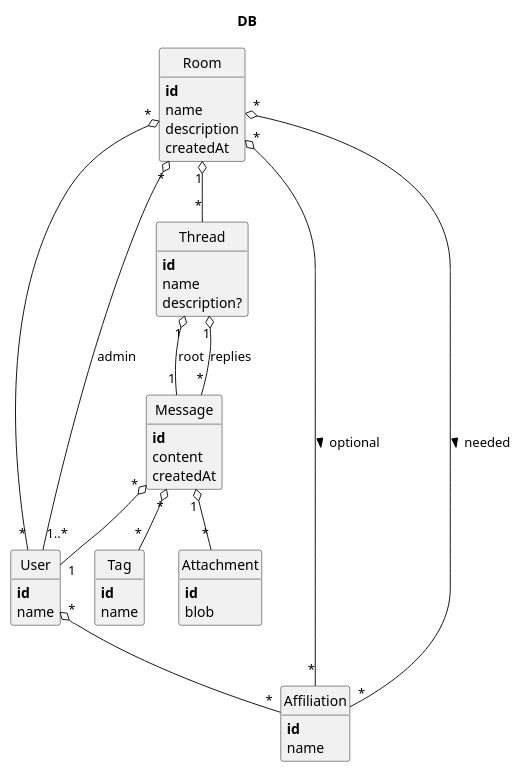
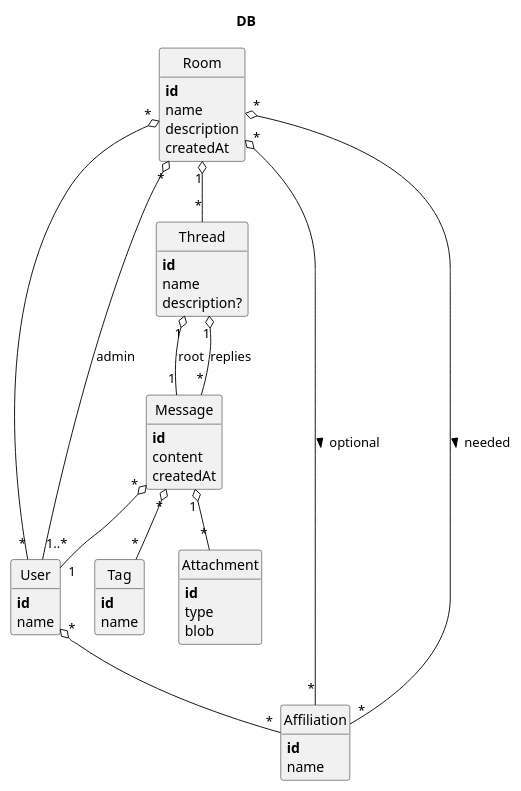
One commit to top-22/docs changed the diagram in db.puml. Above: the diagram before and after it, drawn with PlantUML.

Commit message:
fix: add attachment type

```diff
--- a/db.puml
+++ b/db.puml
@@ -1,54 +1,55 @@
 @startuml db
 
 hide circle
 hide methods
 ' left to right direction
 
 title DB
 
 class User {
   **id**
   name
 }
 class Affiliation {
   **id**
   name
 }
 class Room {
   **id**
   name
   description
   createdAt
 }
 class Thread {
   **id**
   name
   description?
 }
 class Message {
   **id**
   content
   createdAt
 
 }
 class Attachment {
   **id**
+  type
   blob
 }
 class Tag {
   **id**
   name
 }
 Room "1" o-- "*" Thread
 Room "*" o-- "*" User
 Room "*" o-- "1..*" User : admin
 Thread "1" o-- "1" Message : root
 Thread "1" o-- "*" Message : replies
 Message "1" o-- "*" Attachment
 Message "*" o-- "*" Tag
 Message "*" o-- "1" User
 User "*" o-- "*" Affiliation
 Room "*" o-- "*" Affiliation : > optional
 Room "*" o-- "*" Affiliation : > needed
 
 @enduml
```
